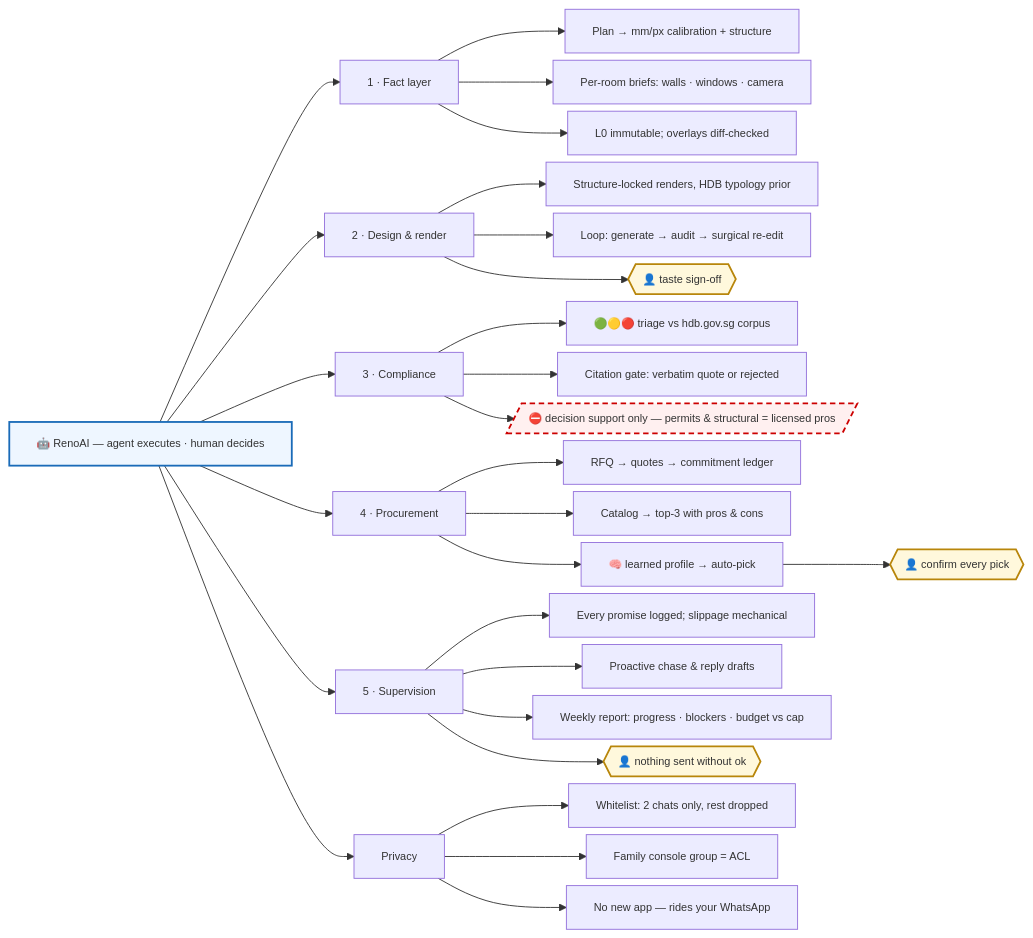
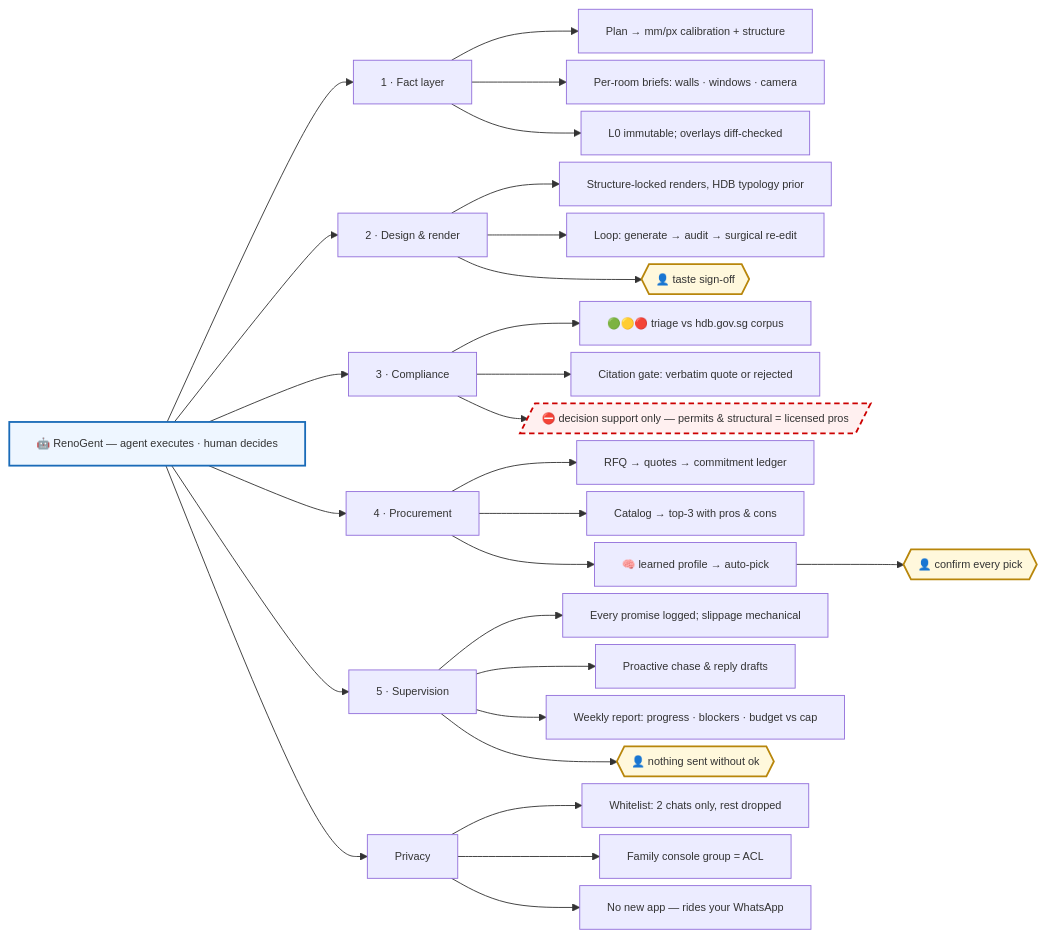
Before and after one commit to littlejuju/RenoGent: the diagram in README.md, drawn with Mermaid. The commit also changed other lines of this file and 11 other files, not shown here.

First line of the commit message:
rename: RenoAI → RenoGent (renoai.app + renovaitor.com both taken by same-category products)

````diff
--- a/README.md
+++ b/README.md
@@ -26,44 +26,44 @@
 ```mermaid
 %%{init: {"flowchart": {"nodeSpacing": 8, "rankSpacing": 36, "wrappingWidth": 900, "markdownAutoWrap": false}, "themeVariables": {"fontSize": "12px"}}}%%
 flowchart LR
-    RA["🤖 RenoAI — agent executes · human decides"]
+    RA["🤖 RenoGent — agent executes · human decides"]
 
     RA --> P["1 · Fact layer"]
     P --> P1["Plan → mm/px calibration + structure"]
     P --> P2["Per-room briefs: walls · windows · camera"]
     P --> P3["L0 immutable; overlays diff-checked"]
 
     RA --> D["2 · Design & render"]
     D --> D1["Structure-locked renders, HDB typology prior"]
     D --> D2["Loop: generate → audit → surgical re-edit"]
     D --> HG1{{"👤 taste sign-off"}}
 
     RA --> C["3 · Compliance"]
     C --> C1["🟢🟡🔴 triage vs hdb.gov.sg corpus"]
     C --> C2["Citation gate: verbatim quote or rejected"]
     C --> B1[/"⛔ decision support only — permits & structural = licensed pros"/]
 
     RA --> PR["4 · Procurement"]
     PR --> PR1["RFQ → quotes → commitment ledger"]
     PR --> PR2["Catalog → top-3 with pros & cons"]
     PR --> PR3["🧠 learned profile → auto-pick"]
     PR3 --> HG2{{"👤 confirm every pick"}}
 
     RA --> S["5 · Supervision"]
     S --> S1["Every promise logged; slippage mechanical"]
     S --> S2["Proactive chase & reply drafts"]
     S --> S3["Weekly report: progress · blockers · budget vs cap"]
     S --> HG3{{"👤 nothing sent without ok"}}
 
     RA --> PV["Privacy"]
     PV --> PV1["Whitelist: 2 chats only, rest dropped"]
     PV --> PV2["Family console group = ACL"]
     PV --> PV3["No new app — rides your WhatsApp"]
 
     classDef boundary fill:#fff0f0,stroke:#cc0000,stroke-width:2px,stroke-dasharray:6 4
     classDef human fill:#fff8dc,stroke:#b8860b,stroke-width:2px
     classDef root fill:#eef6ff,stroke:#1a6bb8,stroke-width:2px
     class B1 boundary
     class HG1,HG2,HG3 human
     class RA root
 ```
````
